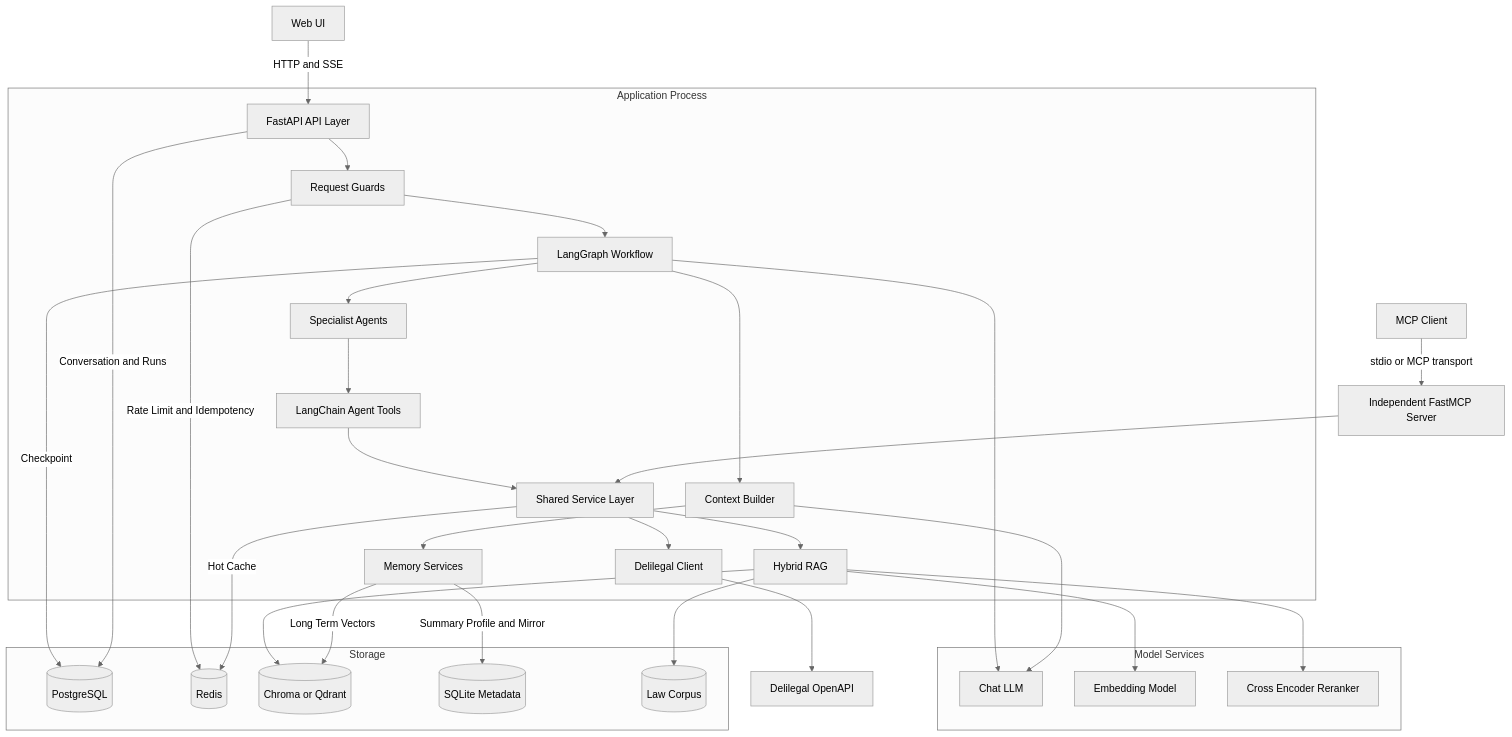
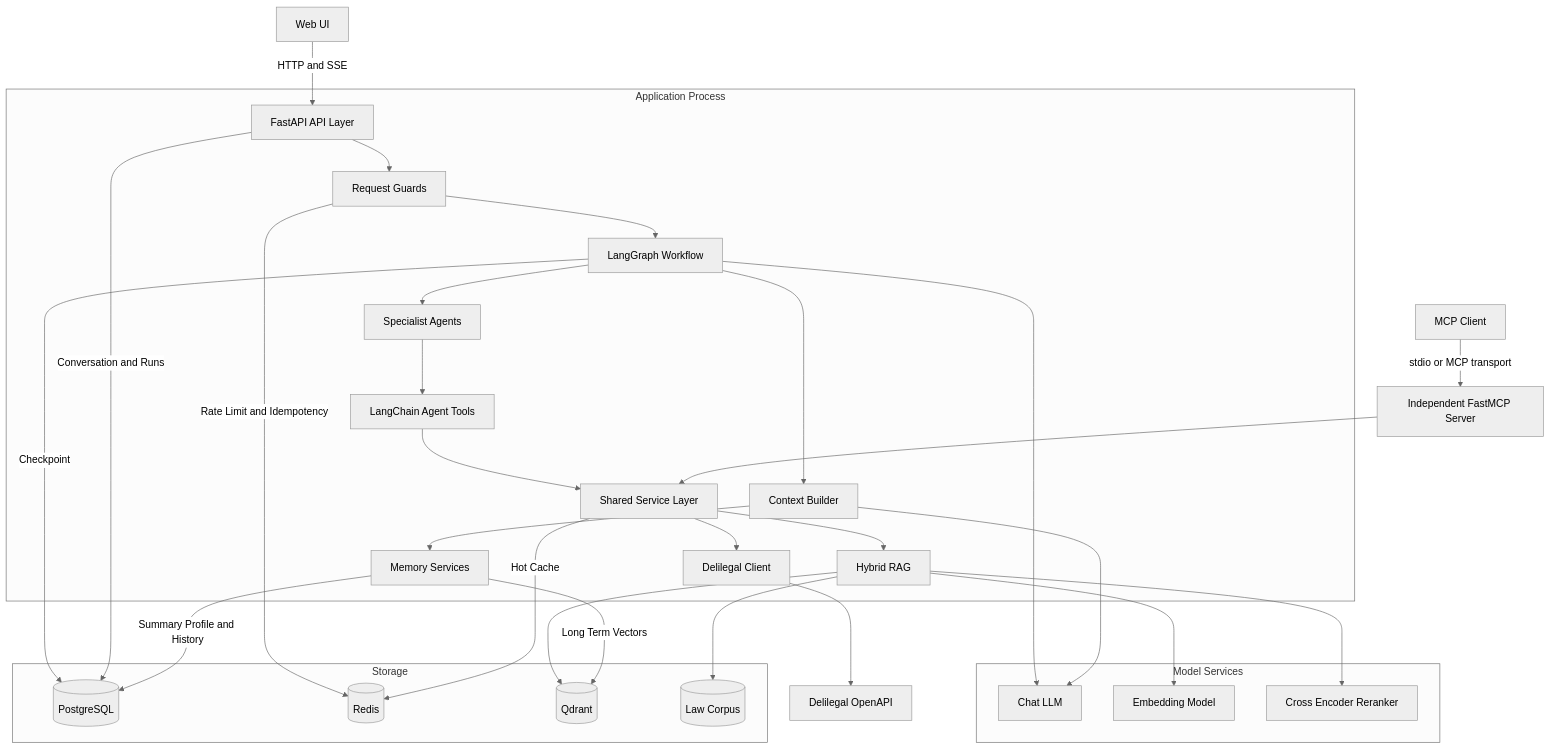
The diagram in docs/architecture/overview.md (uuo00n/lexcore-legal-agent), drawn with Mermaid (neutral theme) before and after one commit. The commit also changed other lines of this file and 28 other files, not shown here.

````diff
--- a/docs/architecture/overview.md
+++ b/docs/architecture/overview.md
@@ -8,47 +8,46 @@
 ```mermaid
 flowchart TB
     Browser[Web UI] -->|HTTP and SSE| API[FastAPI API Layer]
 
     subgraph Application[Application Process]
         API --> Gateway[Request Guards]
         Gateway --> Graph[LangGraph Workflow]
         Graph --> Context[Context Builder]
         Graph --> Specialists[Specialist Agents]
         Specialists --> AgentTools[LangChain Agent Tools]
         AgentTools --> Services[Shared Service Layer]
         Context --> Memory[Memory Services]
         Services --> RAG[Hybrid RAG]
         Services --> Deli[Delilegal Client]
     end
 
     subgraph Models[Model Services]
         LLM[Chat LLM]
         Embed[Embedding Model]
         Reranker[Cross Encoder Reranker]
     end
 
     subgraph Storage[Storage]
         PG[(PostgreSQL)]
         Redis[(Redis)]
-        Vector[(Chroma or Qdrant)]
-        Meta[(SQLite Metadata)]
+        Vector[(Qdrant)]
         LawFiles[(Law Corpus)]
     end
 
     Graph --> LLM
     Context --> LLM
     RAG --> Embed
     RAG --> Reranker
     RAG --> Vector
     RAG --> LawFiles
     Deli --> External[Delilegal OpenAPI]
     Graph -->|Checkpoint| PG
     API -->|Conversation and Runs| PG
     Gateway -->|Rate Limit and Idempotency| Redis
     Services -->|Hot Cache| Redis
-    Memory -->|Summary Profile and Mirror| Meta
+    Memory -->|Summary Profile and History| PG
     Memory -->|Long Term Vectors| Vector
 
     MCPClient[MCP Client] -->|stdio or MCP transport| MCP[Independent FastMCP Server]
     MCP --> Services
 ```
````
